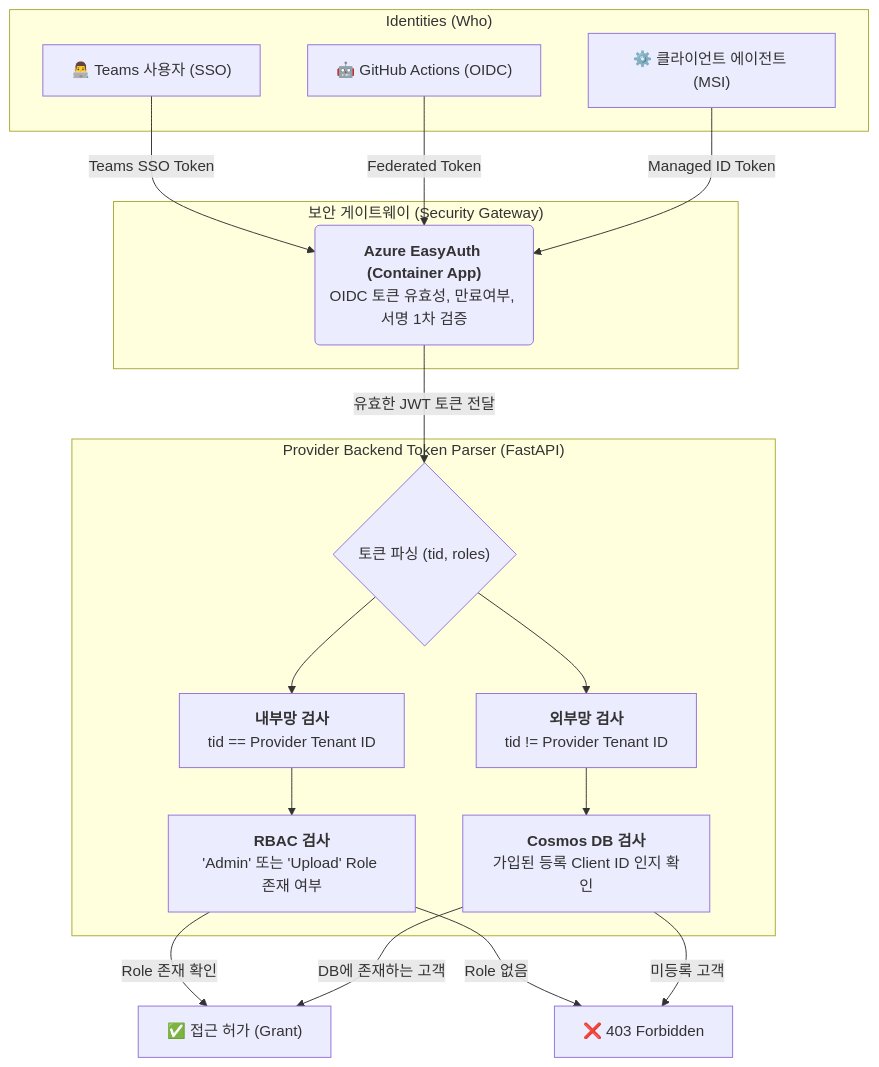
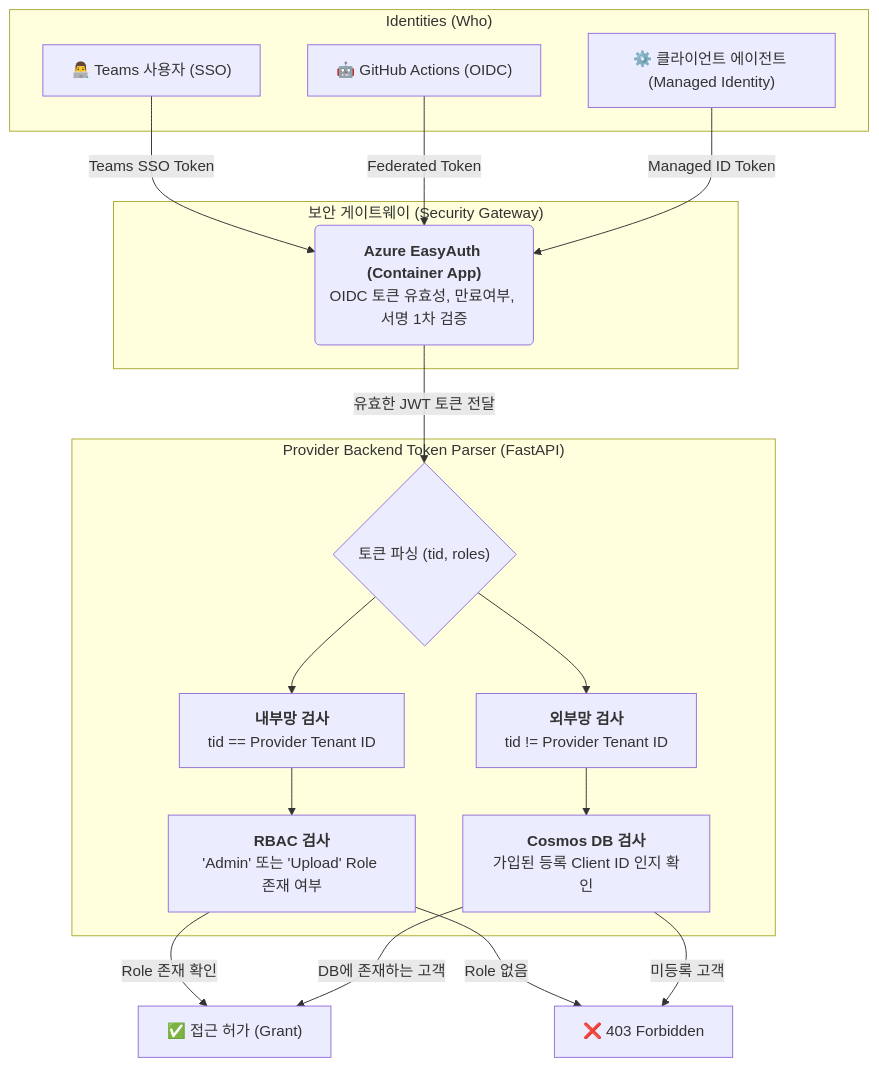
One commit to chjcmy/study changed the fifth of 5 diagrams in azure/projects/system_architecture_and_security.md. Above: the diagram before and after it, drawn with Mermaid. The commit also changed other lines of this file and 2 other files, not shown here.

Commit message:
2026-02-24 14:56:48: ...

````diff
--- a/azure/projects/system_architecture_and_security.md
+++ b/azure/projects/system_architecture_and_security.md
@@ -277,41 +277,41 @@
 ```mermaid
 graph TD
     subgraph "Identities (Who)"
         A["👨‍💻 Teams 사용자 (SSO)"]
         G["🤖 GitHub Actions (OIDC)"]
-        C["⚙️ 클라이언트 에이전트 (MSI)"]
+        C["⚙️ 클라이언트 에이전트 (Managed Identity)"]
     end
 
     subgraph "보안 게이트웨이 (Security Gateway)"
         EA("<b>Azure EasyAuth (Container App)</b><br/>OIDC 토큰 유효성, 만료여부, 서명 1차 검증")
     end
 
     subgraph "Provider Backend Token Parser (FastAPI)"
         TP{"토큰 파싱 (tid, roles)"}
 
         Rule1["<b>내부망 검사</b><br/>tid == Provider Tenant ID"]
         Rule2["<b>외부망 검사</b><br/>tid != Provider Tenant ID"]
 
         RBAC["<b>RBAC 검사</b><br/>'Admin' 또는 'Upload' Role 존재 여부"]
         DBCheck["<b>Cosmos DB 검사</b><br/>가입된 등록 Client ID 인지 확인"]
     end
 
     %% Flow
     A -- "Teams SSO Token" --> EA
     G -- "Federated Token" --> EA
     C -- "Managed ID Token" --> EA
 
     EA -- "유효한 JWT 토큰 전달" --> TP
 
     TP --> Rule1
     TP --> Rule2
 
     Rule1 --> RBAC
     Rule2 --> DBCheck
 
     RBAC -- "Role 존재 확인" --> Grant["✅ 접근 허가 (Grant)"]
     RBAC -- "Role 없음" --> Reject["❌ 403 Forbidden"]
 
     DBCheck -- "DB에 존재하는 고객" --> Grant
     DBCheck -- "미등록 고객" --> Reject
 ```
````
